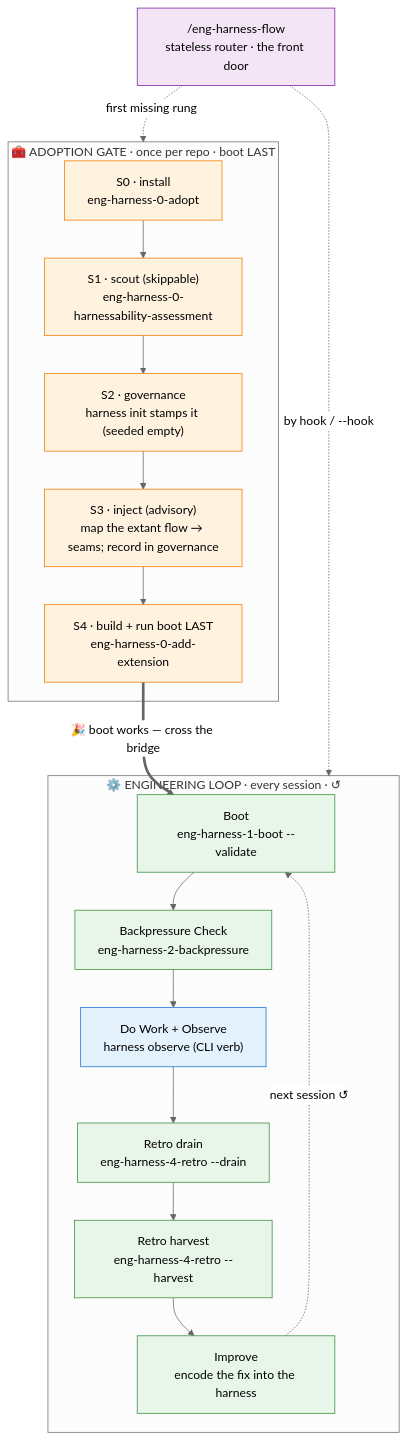
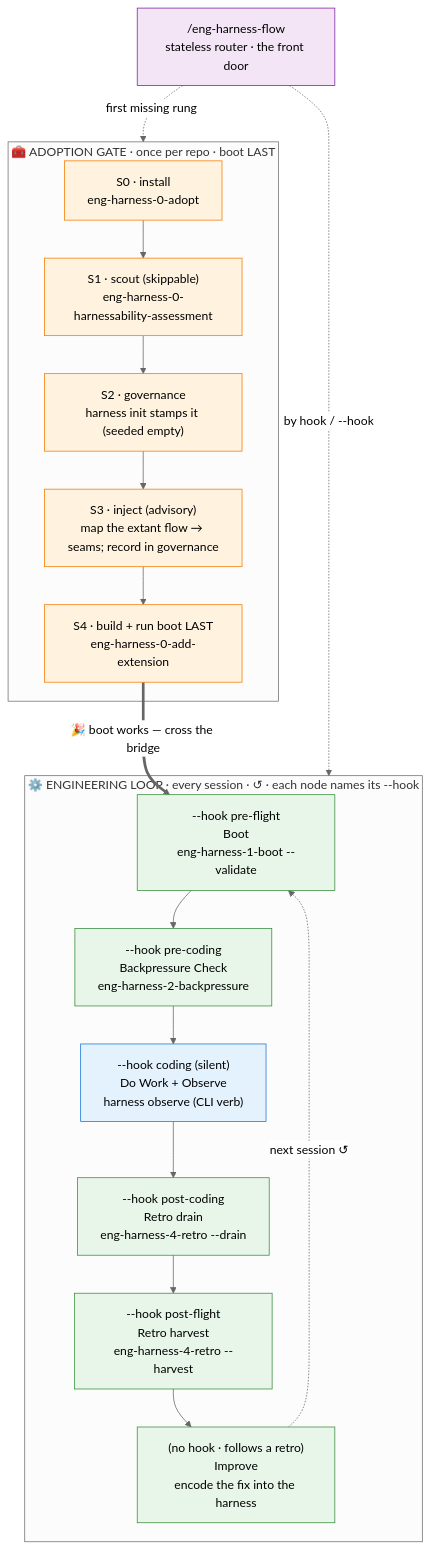
One commit to AI-Substrate/harness-engineering changed the first of 3 diagrams in skills/eng-harness-loop/eng-harness-flow/references/getting-started.md. Above: the diagram before and after it, drawn with Mermaid (neutral theme). The commit also changed other lines of this file and 5 other files, not shown here.

````diff
--- a/skills/eng-harness-loop/eng-harness-flow/references/getting-started.md
+++ b/skills/eng-harness-loop/eng-harness-flow/references/getting-started.md
@@ -18,33 +20,33 @@
 ```mermaid
 flowchart TB
     classDef setup fill:#fff3e0,stroke:#f57c00,color:#000
     classDef loop fill:#e8f5e9,stroke:#388e3c,color:#000
     classDef router fill:#f3e5f5,stroke:#7b1fa2,color:#000
     classDef verb fill:#e3f2fd,stroke:#1976d2,color:#000
 
     R["/eng-harness-flow<br/>stateless router · the front door"]:::router
 
     subgraph setupzone["🧰 ADOPTION GATE · once per repo · boot LAST"]
         S0["S0 · install<br/>eng-harness-0-adopt"]:::setup
         S1["S1 · scout (skippable)<br/>eng-harness-0-harnessability-assessment"]:::setup
         S2["S2 · governance<br/>harness init stamps it (seeded empty)"]:::setup
         S3["S3 · inject (advisory)<br/>map the extant flow → seams; record in governance"]:::setup
         S4["S4 · build + run boot LAST<br/>eng-harness-0-add-extension"]:::setup
     end
 
-    subgraph loopzone["⚙️ ENGINEERING LOOP · every session · ↺"]
-        B["Boot<br/>eng-harness-1-boot --validate"]:::loop
-        BP["Backpressure Check<br/>eng-harness-2-backpressure"]:::loop
-        O["Do Work + Observe<br/>harness observe (CLI verb)"]:::verb
-        RD["Retro drain<br/>eng-harness-4-retro --drain"]:::loop
-        RH["Retro harvest<br/>eng-harness-4-retro --harvest"]:::loop
-        I["Improve<br/>encode the fix into the harness"]:::loop
+    subgraph loopzone["⚙️ ENGINEERING LOOP · every session · ↺ · each node names its --hook"]
+        B["--hook pre-flight<br/>Boot<br/>eng-harness-1-boot --validate"]:::loop
+        BP["--hook pre-coding<br/>Backpressure Check<br/>eng-harness-2-backpressure"]:::loop
+        O["--hook coding (silent)<br/>Do Work + Observe<br/>harness observe (CLI verb)"]:::verb
+        RD["--hook post-coding<br/>Retro drain<br/>eng-harness-4-retro --drain"]:::loop
+        RH["--hook post-flight<br/>Retro harvest<br/>eng-harness-4-retro --harvest"]:::loop
+        I["(no hook · follows a retro)<br/>Improve<br/>encode the fix into the harness"]:::loop
     end
 
     R -.->|first missing rung| setupzone
     R -.->|by hook / --hook| loopzone
     S0 --> S1 --> S2 --> S3 --> S4
     S4 ==>|"🎉 boot works — cross the bridge"| B
     B --> BP --> O --> RD --> RH --> I
     I -.->|next session ↺| B
 ```
````
